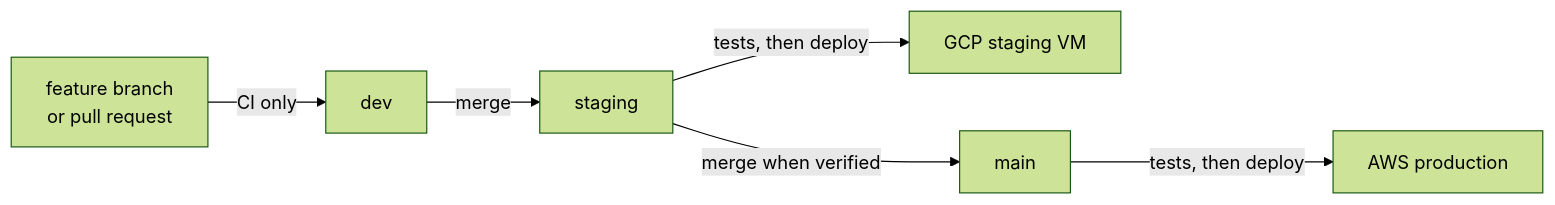
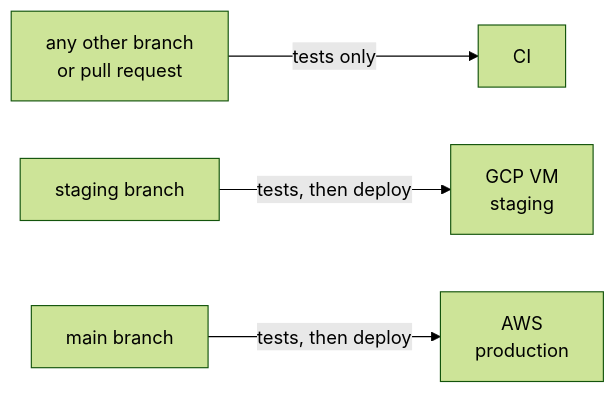
Before and after one commit to hiimmuc/xiongmao-chat-rag: the second of 2 diagrams in README.md, drawn with Mermaid (forest theme). The commit also changed other lines of this file and 3 other files, not shown here.

````diff
--- a/README.md
+++ b/README.md
@@ -116,6 +118,6 @@
 ```mermaid
 flowchart LR
-    feature[feature branch<br/>or pull request] -- CI only --> dev
-    dev -- merge --> staging -- "tests, then deploy" --> gcp[GCP staging VM]
-    staging -- "merge when verified" --> main -- "tests, then deploy" --> aws[AWS production]
+    other[any other branch<br/>or pull request] -- "tests only" --> ci[CI]
+    staging[staging branch] -- "tests, then deploy" --> gcp[GCP VM<br/>staging]
+    main[main branch] -- "tests, then deploy" --> aws[AWS<br/>production]
 ```
````
